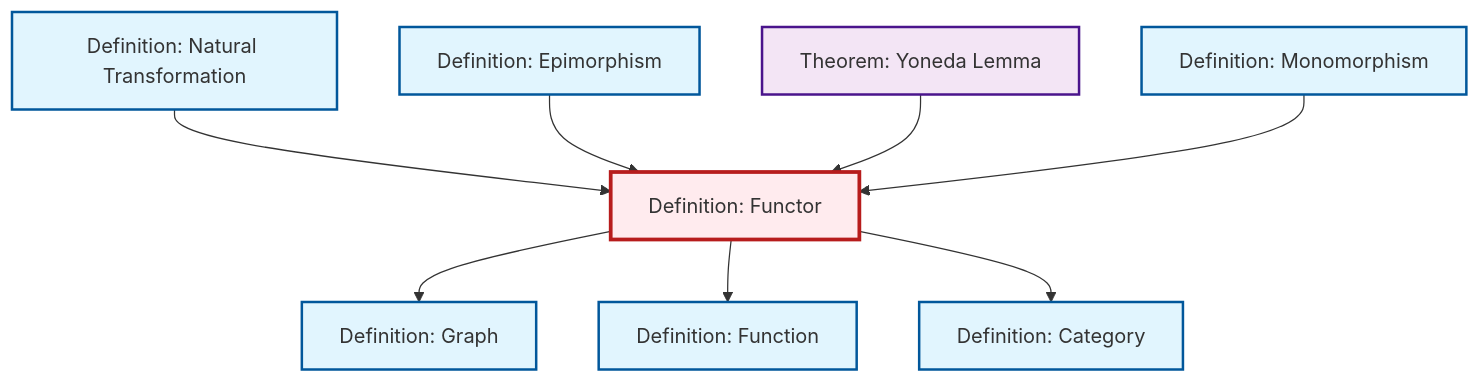
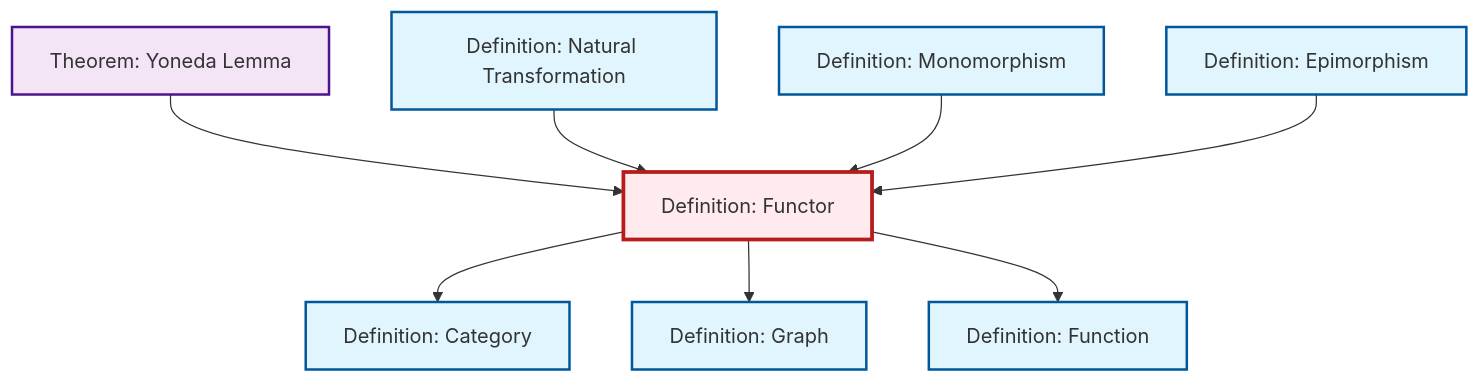
One commit to RK0429/ModernMath changed the diagram in content/en/category-theory/def-functor.qmd. Above: the diagram before and after it, drawn with Mermaid. The commit also changed other lines of this file and 1069 other files, not shown here.

````diff
--- a/content/en/category-theory/def-functor.qmd
+++ b/content/en/category-theory/def-functor.qmd
@@ -50,32 +50,32 @@
 ```{mermaid}
 %%| fig-cap: "Local dependency graph"
 graph TD
     classDef definition fill:#e1f5fe,stroke:#01579b,stroke-width:2px
     classDef theorem fill:#f3e5f5,stroke:#4a148c,stroke-width:2px
     classDef axiom fill:#fff3e0,stroke:#e65100,stroke-width:2px
     classDef example fill:#e8f5e9,stroke:#1b5e20,stroke-width:2px
     classDef current fill:#ffebee,stroke:#b71c1c,stroke-width:3px
+    def-monomorphism["Definition: Monomorphism"]:::definition
+    def-category["Definition: Category"]:::definition
     def-graph["Definition: Graph"]:::definition
+    thm-yoneda["Theorem: Yoneda Lemma"]:::theorem
+    def-function["Definition: Function"]:::definition
+    def-epimorphism["Definition: Epimorphism"]:::definition
+    def-natural-transformation["Definition: Natural Transformation"]:::definition
     def-functor["Definition: Functor"]:::definition
-    def-natural-transformation["Definition: Natural Transformation"]:::definition
-    def-epimorphism["Definition: Epimorphism"]:::definition
-    def-function["Definition: Function"]:::definition
-    def-category["Definition: Category"]:::definition
-    thm-yoneda["Theorem: Yoneda Lemma"]:::theorem
-    def-monomorphism["Definition: Monomorphism"]:::definition
+    thm-yoneda --> def-functor
     def-natural-transformation --> def-functor
-    def-epimorphism --> def-functor
+    def-monomorphism --> def-functor
+    def-functor --> def-category
     def-functor --> def-graph
     def-functor --> def-function
-    def-functor --> def-category
-    thm-yoneda --> def-functor
-    def-monomorphism --> def-functor
+    def-epimorphism --> def-functor
     class def-functor current
+    click def-monomorphism "def-monomorphism.html" "Go to Monomorphism definition"
+    click def-category "def-category.html" "Go to Category definition"
     click def-graph "def-graph.html" "Go to Graph definition"
+    click thm-yoneda "thm-yoneda.html" "Go to Yoneda Lemma theorem"
+    click def-function "def-function.html" "Go to Function definition"
+    click def-epimorphism "def-epimorphism.html" "Go to Epimorphism definition"
     click def-natural-transformation "def-natural-transformation.html" "Go to Natural Transformation definition"
-    click def-epimorphism "def-epimorphism.html" "Go to Epimorphism definition"
-    click def-function "def-function.html" "Go to Function definition"
-    click def-category "def-category.html" "Go to Category definition"
-    click thm-yoneda "thm-yoneda.html" "Go to Yoneda Lemma theorem"
-    click def-monomorphism "def-monomorphism.html" "Go to Monomorphism definition"
 ```
````
